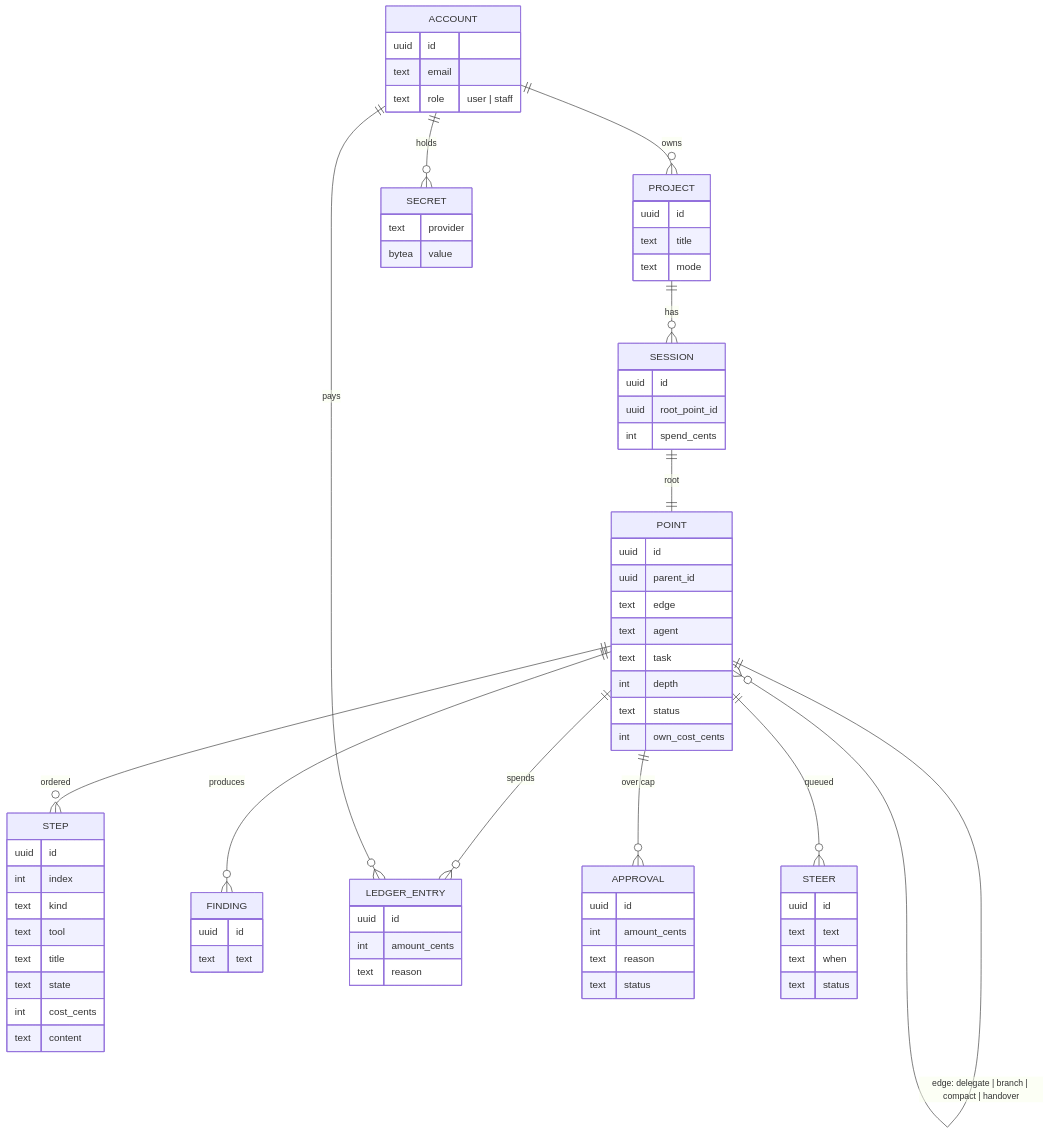
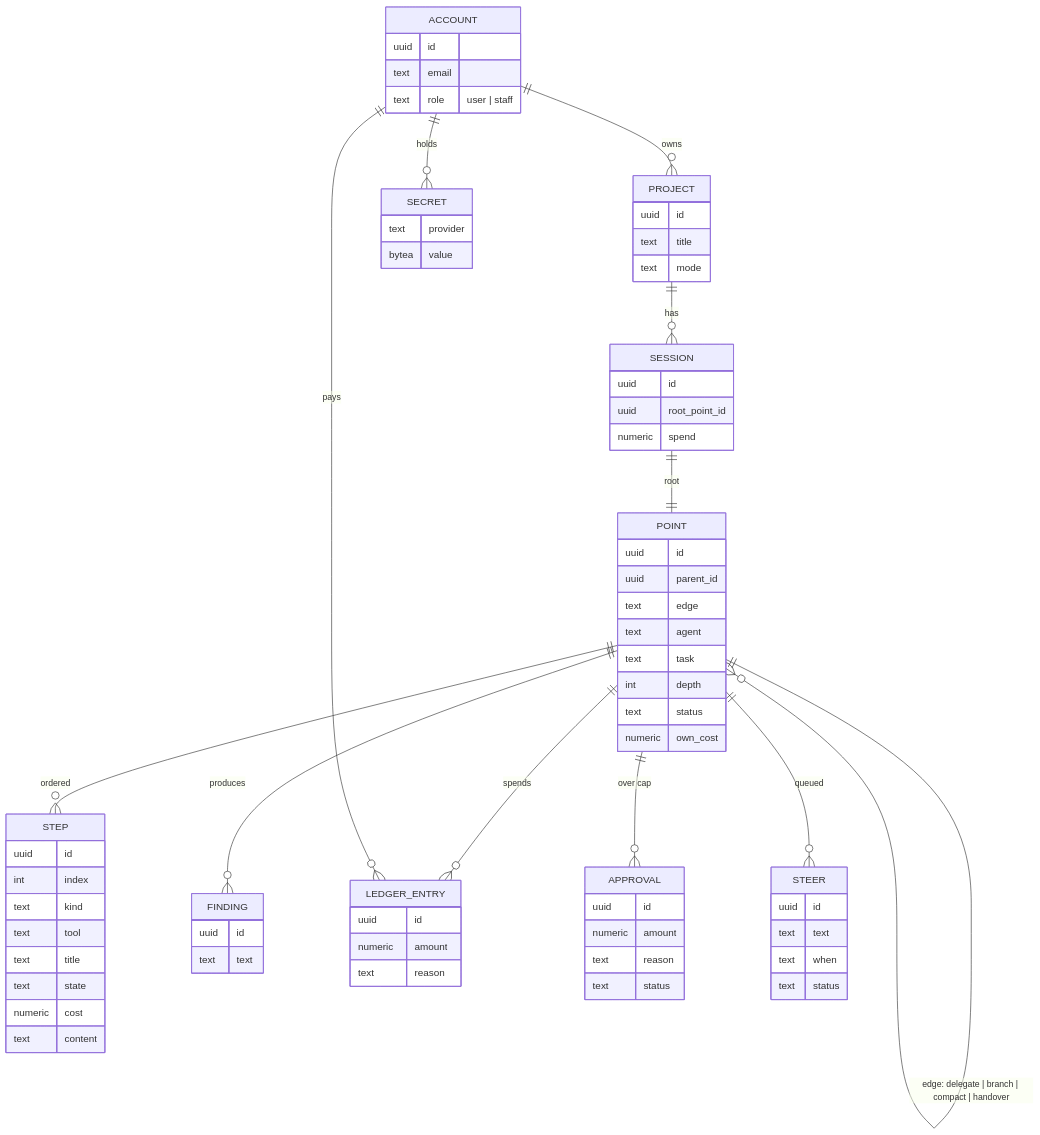
Before and after one commit to ziyangliu-666/lumen-next: the third of 16 diagrams in docs/ARCHITECTURE.md, drawn with Mermaid. The commit also changed other lines of this file and 17 other files, not shown here.

````diff
--- a/docs/ARCHITECTURE.md
+++ b/docs/ARCHITECTURE.md
@@ -90,25 +90,25 @@
 ```mermaid
 erDiagram
   ACCOUNT ||--o{ PROJECT : owns
   PROJECT ||--o{ SESSION : has
   SESSION ||--|| POINT : "root"
   POINT ||--o{ POINT : "edge: delegate | branch | compact | handover"
   POINT ||--o{ STEP : "ordered"
   POINT ||--o{ FINDING : produces
   POINT ||--o{ LEDGER_ENTRY : spends
   POINT ||--o{ APPROVAL : "over cap"
   POINT ||--o{ STEER : queued
   ACCOUNT ||--o{ LEDGER_ENTRY : pays
   ACCOUNT ||--o{ SECRET : holds
 
   ACCOUNT { uuid id  text email  text role "user | staff" }
   PROJECT { uuid id  text title  text mode }
-  SESSION { uuid id  uuid root_point_id  int spend_cents }
-  POINT { uuid id  uuid parent_id  text edge  text agent  text task  int depth  text status  int own_cost_cents }
-  STEP { uuid id  int index  text kind  text tool  text title  text state  int cost_cents  text content }
+  SESSION { uuid id  uuid root_point_id  numeric spend }
+  POINT { uuid id  uuid parent_id  text edge  text agent  text task  int depth  text status  numeric own_cost }
+  STEP { uuid id  int index  text kind  text tool  text title  text state  numeric cost  text content }
   FINDING { uuid id  text text }
-  LEDGER_ENTRY { uuid id  int amount_cents  text reason }
-  APPROVAL { uuid id  int amount_cents  text reason  text status }
+  LEDGER_ENTRY { uuid id  numeric amount  text reason }
+  APPROVAL { uuid id  numeric amount  text reason  text status }
   STEER { uuid id  text text  text when  text status }
   SECRET { text provider  bytea value }
 ```
````
